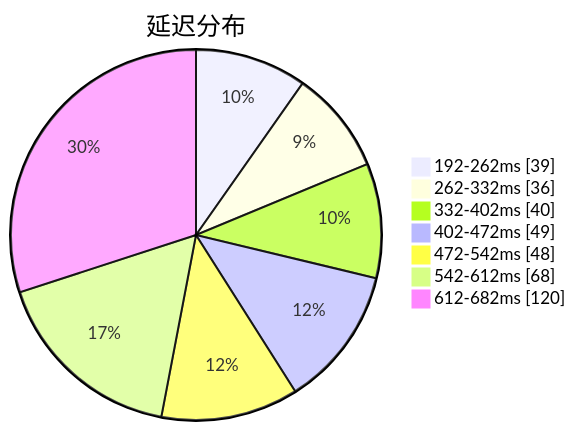
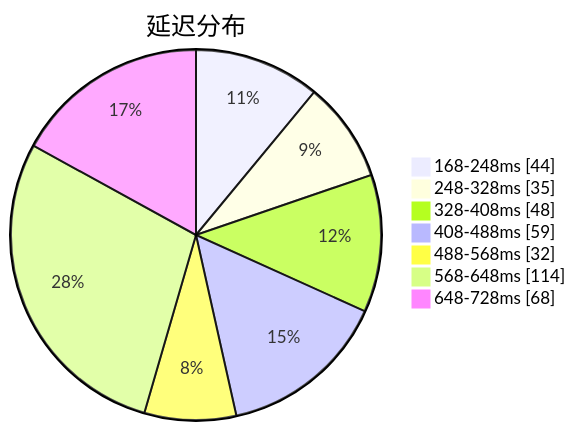
One commit to qjlxg/airport changed the first of 3 diagrams in subs/statistics/tested_within.md. Above: the diagram before and after it, drawn with Mermaid. The commit also changed other lines of this file and 2 other files, not shown here.

````diff
--- a/subs/statistics/tested_within.md
+++ b/subs/statistics/tested_within.md
@@ -2,11 +2,11 @@
 ```mermaid
 pie showData
 title 延迟分布
-"192-262ms" : 39
-"262-332ms" : 36
-"332-402ms" : 40
-"402-472ms" : 49
-"472-542ms" : 48
-"542-612ms" : 68
-"612-682ms" : 120
+"168-248ms" : 44
+"248-328ms" : 35
+"328-408ms" : 48
+"408-488ms" : 59
+"488-568ms" : 32
+"568-648ms" : 114
+"648-728ms" : 68
 ```
````
